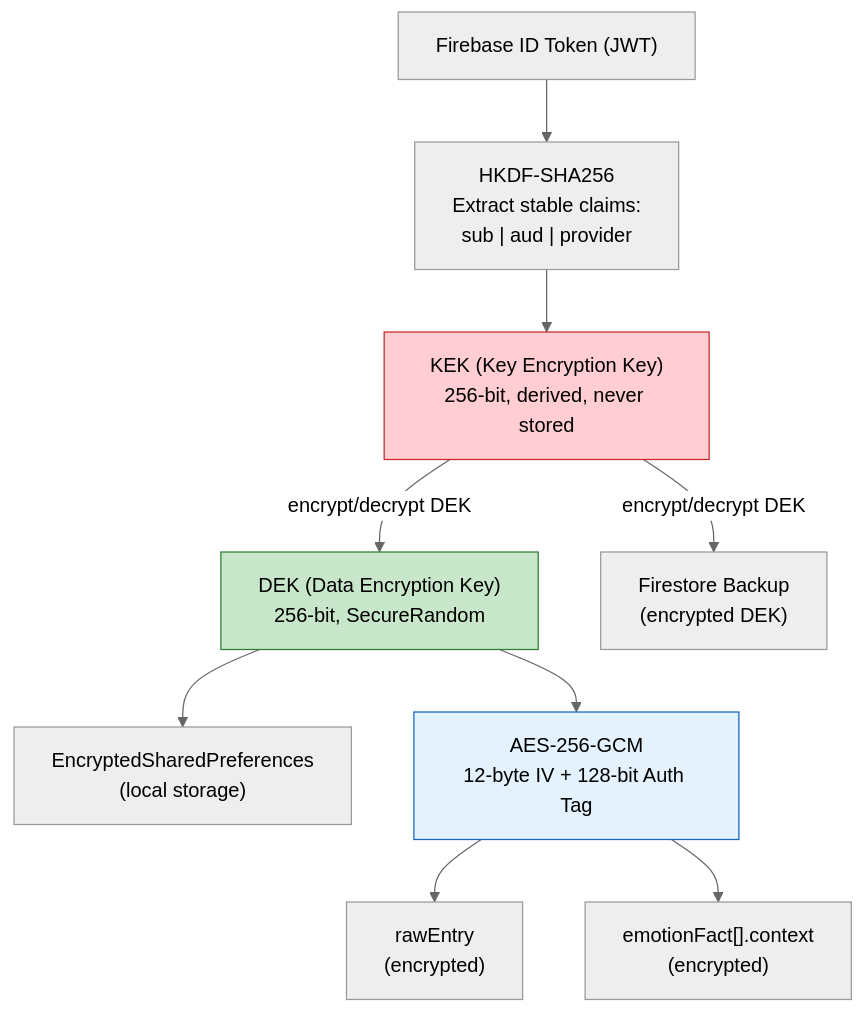
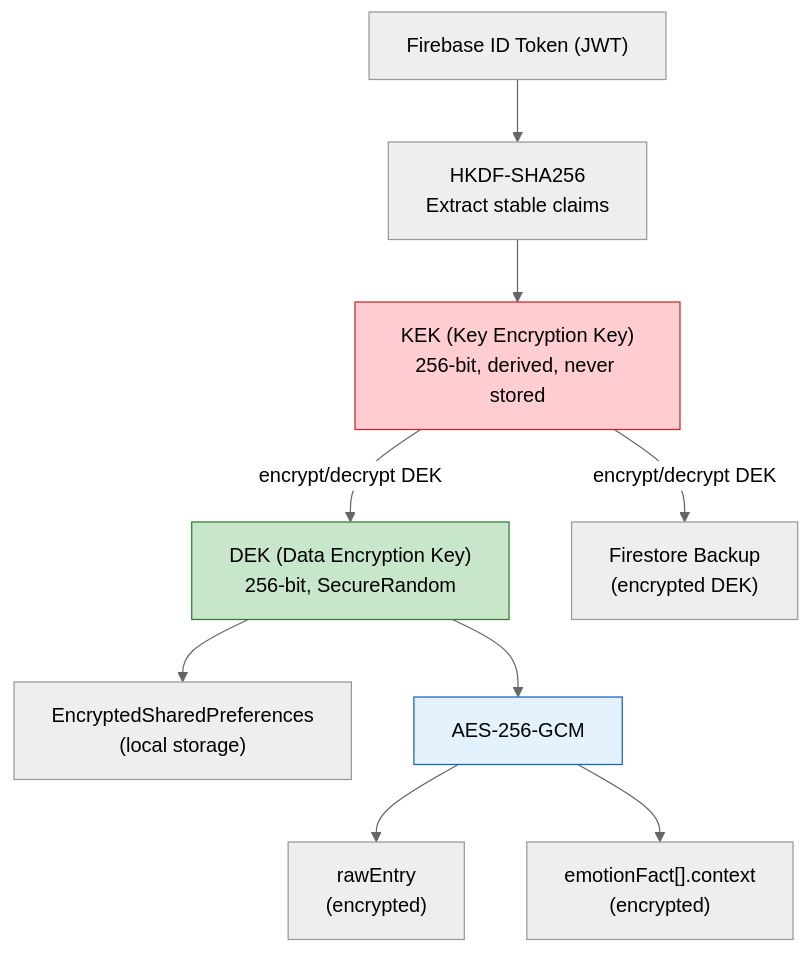
Before and after one commit to jaimelxpez/portfolio: the seventh of 13 diagrams in content/projects/daymood.md, drawn with Mermaid (neutral theme). The commit also changed other lines of this file and 64 other files, not shown here.

````diff
--- a/content/projects/daymood.md
+++ b/content/projects/daymood.md
@@ -878,25 +814,25 @@
 ```mermaid
 graph TD
     IDT["Firebase ID Token (JWT)"]
-    HKDF["HKDF-SHA256<br/>Extract stable claims:<br/>sub | aud | provider"]
+    HKDF["HKDF-SHA256<br/>Extract stable claims"]
     KEK["KEK (Key Encryption Key)<br/>256-bit, derived, never stored"]
     DEK["DEK (Data Encryption Key)<br/>256-bit, SecureRandom"]
     ESP["EncryptedSharedPreferences<br/>(local storage)"]
     FS["Firestore Backup<br/>(encrypted DEK)"]
-    AES["AES-256-GCM<br/>12-byte IV + 128-bit Auth Tag"]
+    AES["AES-256-GCM"]
     RE["rawEntry<br/>(encrypted)"]
     EC["emotionFact[].context<br/>(encrypted)"]
 
     IDT --> HKDF
     HKDF --> KEK
     KEK -->|"encrypt/decrypt DEK"| FS
     KEK -->|"encrypt/decrypt DEK"| DEK
     DEK --> ESP
     DEK --> AES
     AES --> RE
     AES --> EC
 
     style KEK fill:#FFCDD2,stroke:#C62828
     style DEK fill:#C8E6C9,stroke:#2E7D32
     style AES fill:#E3F2FD,stroke:#1565C0
 ```
````
